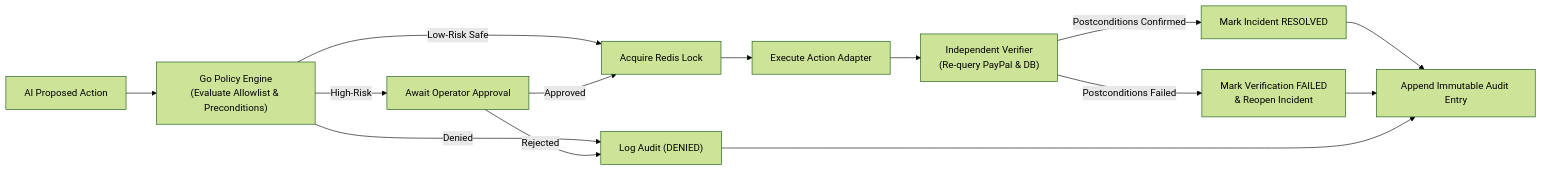
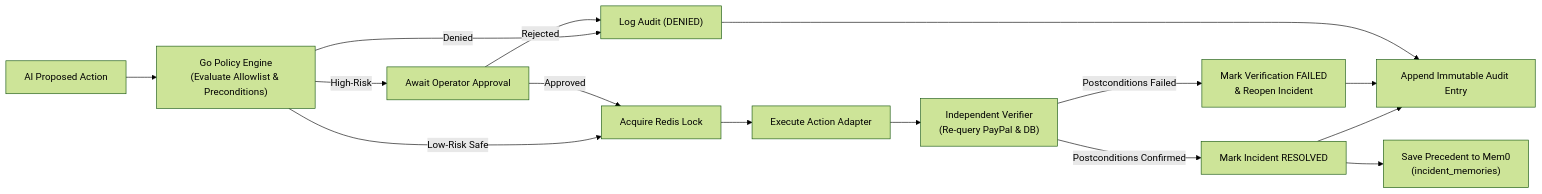
Before and after one commit to Kavisharora12/DelTix: the diagram in deltix_docs/services/04-policy-recovery-audit.md, drawn with Mermaid (forest theme). The commit also changed other lines of this file and 1 other file, not shown here.

````diff
--- a/deltix_docs/services/04-policy-recovery-audit.md
+++ b/deltix_docs/services/04-policy-recovery-audit.md
@@ -7,21 +7,22 @@
 ```mermaid
 flowchart LR
     PROP["AI Proposed Action"] --> POL["Go Policy Engine\n(Evaluate Allowlist & Preconditions)"]
     
     POL -->|Denied| REJ["Log Audit (DENIED)"]
     POL -->|High-Risk| APPROVAL["Await Operator Approval"]
     POL -->|Low-Risk Safe| LOCK["Acquire Redis Lock"]
     
     APPROVAL -->|Approved| LOCK
     APPROVAL -->|Rejected| REJ
 
     LOCK --> EXEC["Execute Action Adapter"]
     EXEC --> VERIF["Independent Verifier\n(Re-query PayPal & DB)"]
     
     VERIF -->|Postconditions Confirmed| RESOLVE["Mark Incident RESOLVED"]
     VERIF -->|Postconditions Failed| REOPEN["Mark Verification FAILED\n& Reopen Incident"]
 
     RESOLVE --> AUDIT["Append Immutable Audit Entry"]
+    RESOLVE --> MEM0["Save Precedent to Mem0\n(incident_memories)"]
     REOPEN --> AUDIT
     REJ --> AUDIT
 ```
````
